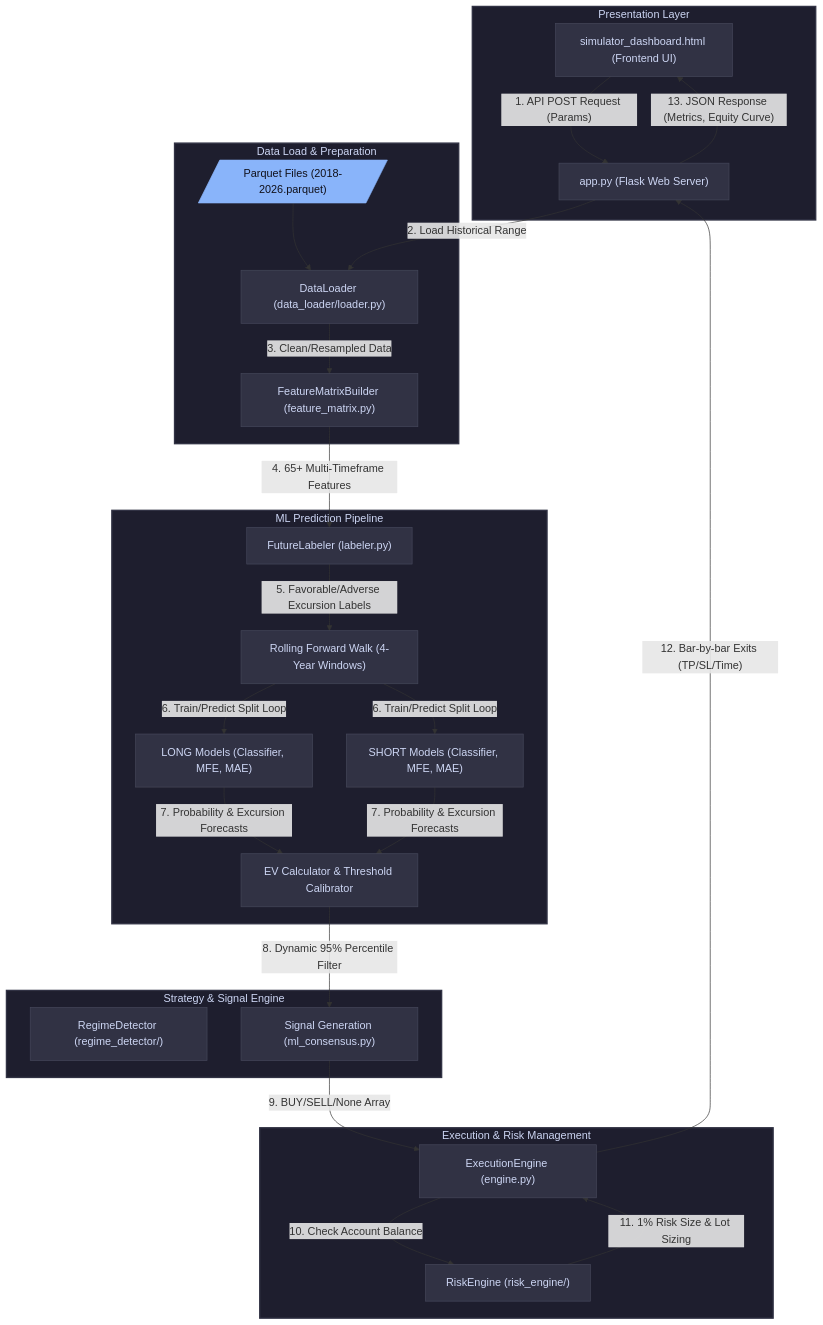
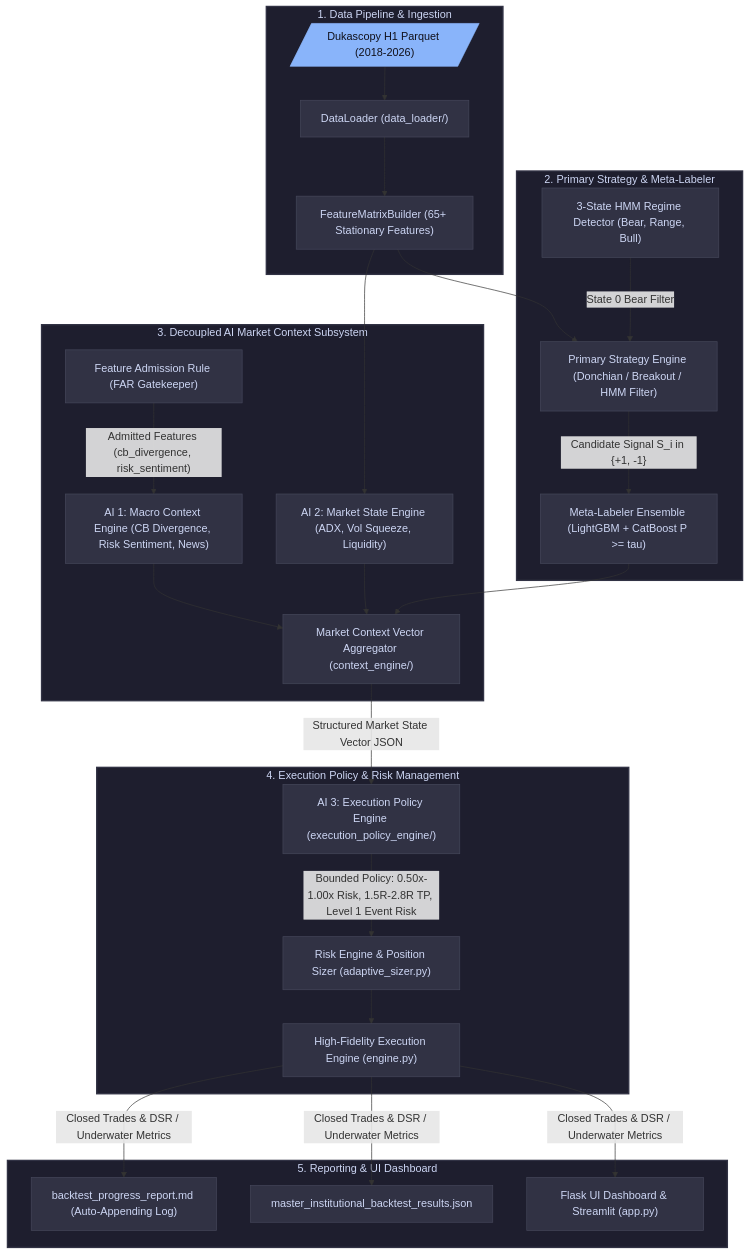
Before and after one commit to nitro56565/ai-quant-lab: the diagram in docs/project_architecture.md, drawn with Mermaid. The commit also changed other lines of this file and 60 other files, not shown here.

````diff
--- a/docs/project_architecture.md
+++ b/docs/project_architecture.md
@@ -9,67 +7,64 @@
 ```mermaid
-graph TD
+flowchart TD
     %% Styling
     classDef layer fill:#1e1e2e,stroke:#313244,stroke-width:2px,color:#cdd6f4;
     classDef component fill:#313244,stroke:#45475a,stroke-width:1px,color:#cdd6f4;
     classDef process fill:#f38ba8,stroke:#f38ba8,stroke-width:1px,color:#11111b;
     classDef data fill:#89b4fa,stroke:#89b4fa,stroke-width:1px,color:#11111b;
-    
-    %% Presentation Layer
-    subgraph Presentation ["Presentation Layer"]
-        UI["simulator_dashboard.html (Frontend UI)"]
-        Server["app.py (Flask Web Server)"]
+
+    %% Data Pipeline Layer
+    subgraph DataLayer ["1. Data Pipeline & Ingestion"]
+        Parquet[/"Dukascopy H1 Parquet (2018-2026)"/]
+        Loader["DataLoader (data_loader/)"]
+        FeatGen["FeatureMatrixBuilder (65+ Stationary Features)"]
     end
-    class Presentation layer; class UI,Server component;
+    class DataLayer layer; class Loader,FeatGen component; class Parquet data;
 
-    %% Data Loading Layer
-    subgraph DataLayer ["Data Load & Preparation"]
-        Files[/"Parquet Files (2018-2026.parquet)"/]
-        Loader["DataLoader (data_loader/loader.py)"]
-        FeatBuilder["FeatureMatrixBuilder (feature_matrix.py)"]
+    %% Primary Strategy & Meta-Labeling Layer
+    subgraph SignalLayer ["2. Primary Strategy & Meta-Labeler"]
+        PrimaryEng["Primary Strategy Engine (Donchian / Breakout / HMM Filter)"]
+        MetaLabeler["Meta-Labeler Ensemble (LightGBM + CatBoost P >= tau)"]
+        HMMRegime["3-State HMM Regime Detector (Bear, Range, Bull)"]
     end
-    class DataLayer layer; class Loader,FeatBuilder component; class Files data;
+    class SignalLayer layer; class PrimaryEng,MetaLabeler,HMMRegime component;
 
-    %% ML Engine Layer
-    subgraph MLEngine ["ML Prediction Pipeline"]
-        Labeler["FutureLabeler (labeler.py)"]
-        Walk["Rolling Forward Walk (4-Year Windows)"]
-        ModelLong["LONG Models (Classifier, MFE, MAE)"]
-        ModelShort["SHORT Models (Classifier, MFE, MAE)"]
-        EVCalc["EV Calculator & Threshold Calibrator"]
+    %% Decoupled AI Context Subsystem
+    subgraph AICore ["3. Decoupled AI Market Context Subsystem"]
+        FAR["Feature Admission Rule (FAR Gatekeeper)"]
+        AI1["AI 1: Macro Context Engine (CB Divergence, Risk Sentiment, News)"]
+        AI2["AI 2: Market State Engine (ADX, Vol Squeeze, Liquidity)"]
+        Aggregator["Market Context Vector Aggregator (context_engine/)"]
     end
-    class MLEngine layer; class Labeler,Walk,ModelLong,ModelShort,EVCalc component;
+    class AICore layer; class FAR,AI1,AI2,Aggregator component;
 
-    %% Strategy & Signal Layer
-    subgraph Strategy ["Strategy & Signal Engine"]
-        RegimeDet["RegimeDetector (regime_detector/)"]
-        Signals["Signal Generation (ml_consensus.py)"]
+    %% Bounded Execution & Risk Policy Layer
+    subgraph PolicyLayer ["4. Execution Policy & Risk Management"]
+        AI3["AI 3: Execution Policy Engine (execution_policy_engine/)"]
+        RiskEngine["Risk Engine & Position Sizer (adaptive_sizer.py)"]
+        SimEngine["High-Fidelity Execution Engine (engine.py)"]
     end
-    class Strategy layer; class RegimeDet,Signals component;
+    class PolicyLayer layer; class AI3,RiskEngine,SimEngine component;
 
-    %% Execution & Risk Layer
-    subgraph ExecLayer ["Execution & Risk Management"]
-        ExecEngine["ExecutionEngine (engine.py)"]
-        RiskEngine["RiskEngine (risk_engine/)"]
+    %% Presentation & Progress Reporting
+    subgraph Presentation ["5. Reporting & UI Dashboard"]
+        ProgressMD["backtest_progress_report.md (Auto-Appending Log)"]
+        JSONResults["master_institutional_backtest_results.json"]
+        UI["Flask UI Dashboard & Streamlit (app.py)"]
     end
-    class ExecLayer layer; class ExecEngine,RiskEngine component;
+    class Presentation layer; class ProgressMD,JSONResults,UI component;
 
     %% Dataflow Connections
-    UI -- "1. API POST Request (Params)" --> Server
-    Server -- "2. Load Historical Range" --> Loader
-    Files --> Loader
-    Loader -- "3. Clean/Resampled Data" --> FeatBuilder
-    
-    FeatBuilder -- "4. 65+ Multi-Timeframe Features" --> Labeler
-    Labeler -- "5. Favorable/Adverse Excursion Labels" --> Walk
-    
-    Walk -- "6. Train/Predict Split Loop" --> ModelLong & ModelShort
-    ModelLong & ModelShort -- "7. Probability & Excursion Forecasts" --> EVCalc
-    EVCalc -- "8. Dynamic 95% Percentile Filter" --> Signals
-    
-    Signals -- "9. BUY/SELL/None Array" --> ExecEngine
-    ExecEngine -- "10. Check Account Balance" --> RiskEngine
-    RiskEngine -- "11. 1% Risk Size & Lot Sizing" --> ExecEngine
-    
-    ExecEngine -- "12. Bar-by-bar Exits (TP/SL/Time)" --> Server
-    Server -- "13. JSON Response (Metrics, Equity Curve)" --> UI
+    Parquet --> Loader --> FeatGen
+    FeatGen --> PrimaryEng
+    PrimaryEng -->|"Candidate Signal S_i in {+1, -1}"| MetaLabeler
+    HMMRegime -->|"State 0 Bear Filter"| PrimaryEng
+
+    FAR -->|"Admitted Features (cb_divergence, risk_sentiment)"| AI1
+    FeatGen --> AI2
+    AI1 & AI2 & MetaLabeler --> Aggregator
+    Aggregator -->|"Structured Market State Vector JSON"| AI3
+
+    AI3 -->|"Bounded Policy: 0.50x-1.00x Risk, 1.5R-2.8R TP, Level 1 Event Risk"| RiskEngine
+    RiskEngine --> SimEngine
+    SimEngine -->|"Closed Trades & DSR / Underwater Metrics"| ProgressMD & JSONResults & UI
 ```
````
